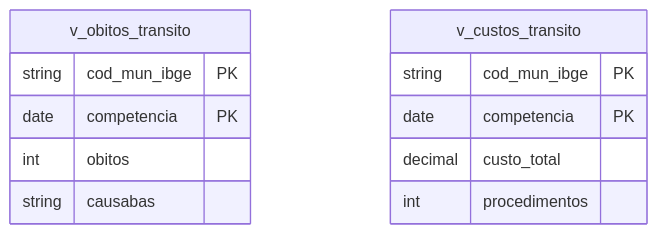
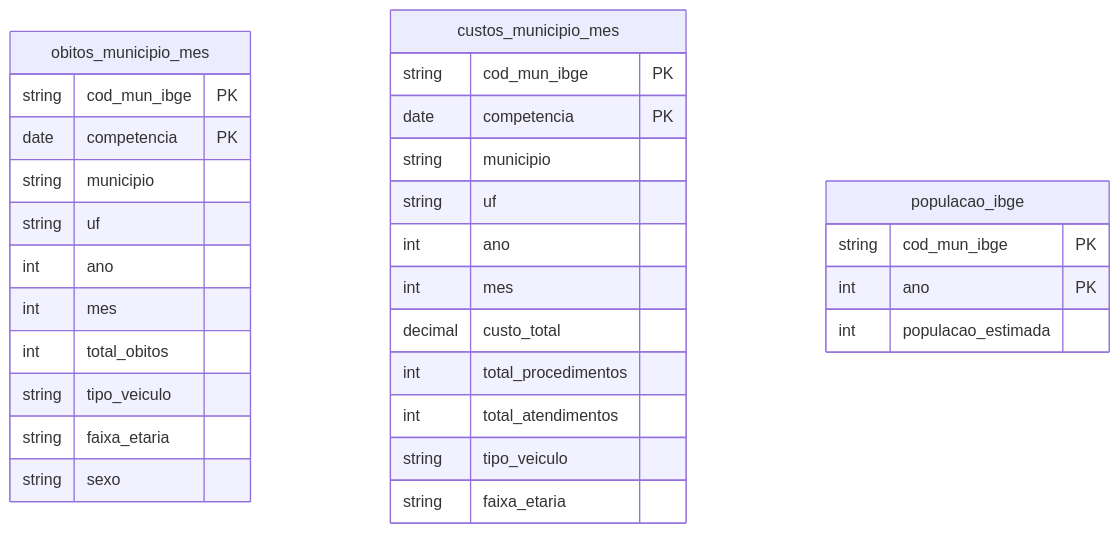
The third of 4 diagrams in ARCHITECTURE.md (thallyslemos/tcc-pipeline-transito-sus), drawn with Mermaid before and after one commit. The commit also changed other lines of this file and 9 other files, not shown here.

````diff
--- a/ARCHITECTURE.md
+++ b/ARCHITECTURE.md
@@ -124,16 +116,35 @@
 ```mermaid
 erDiagram
-    v_obitos_transito {
+    obitos_municipio_mes {
         string cod_mun_ibge PK
         date competencia PK
-        int obitos
-        string causabas
+        string municipio
+        string uf
+        int ano
+        int mes
+        int total_obitos
+        string tipo_veiculo
+        string faixa_etaria
+        string sexo
     }
 
-    v_custos_transito {
+    custos_municipio_mes {
         string cod_mun_ibge PK
         date competencia PK
+        string municipio
+        string uf
+        int ano
+        int mes
         decimal custo_total
-        int procedimentos
+        int total_procedimentos
+        int total_atendimentos
+        string tipo_veiculo
+        string faixa_etaria
+    }
+
+    populacao_ibge {
+        string cod_mun_ibge PK
+        int ano PK
+        int populacao_estimada
     }
 ```
````
